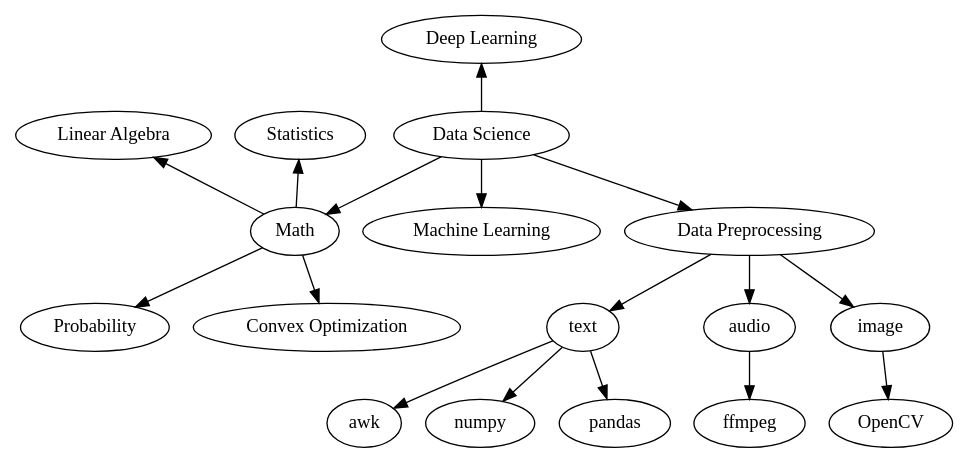
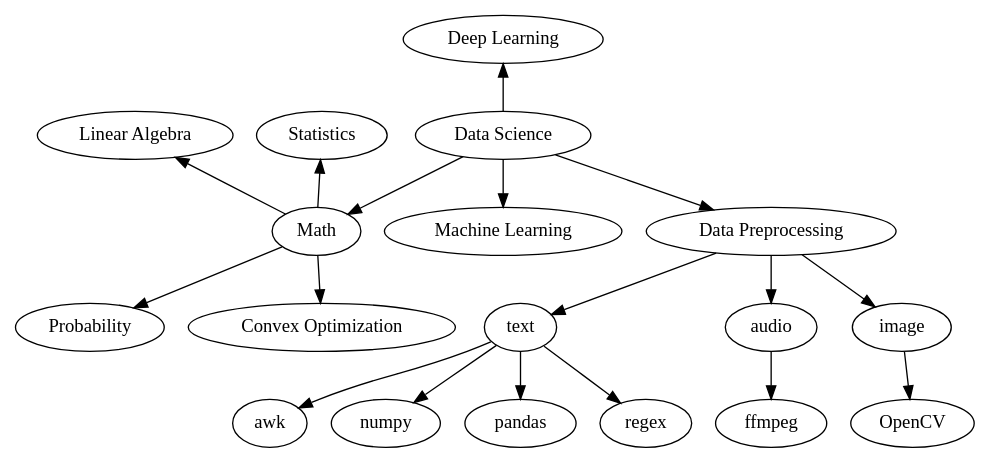
Before and after one commit to titaneric/hexo.titaneric.github.io: the third of 3 diagrams in source/about/index.md, drawn with Graphviz. The commit also changed other lines of this file, not shown here.

````diff
--- a/source/about/index.md
+++ b/source/about/index.md
@@ -69,33 +87,34 @@
 ```graphviz
 digraph hierarchy {
     node [color=Black,fontname=consolus,shape=oval] //All nodes will this shape and colour
     subgraph data{
         "Data Science"->"Machine Learning"
         "Deep Learning"->"Data Science"[dir=back]
         "Data Science"->"Data Preprocessing"
         "Data Science"->"Math"
     }
     subgraph math{
         "Linear Algebra"->"Math"[dir=back]
         "Statistics"->"Math"[dir=back]
         "Math"->"Probability"
         "Math"->"Convex Optimization"
     }
     subgraph preprocess{
         "Data Preprocessing"->"text"
         "Data Preprocessing"->"audio"
         "Data Preprocessing"->"image"
     }
     subgraph textPre{
         "text"->"awk"
         "text"->"numpy"
         "text"->"pandas"
+        "text"->"regex"
     }
     subgraph audioPre{
         "audio"->"ffmpeg"
     }
     subgraph imagePre{
         "image"->"OpenCV"
     }
 }
 ```
````
